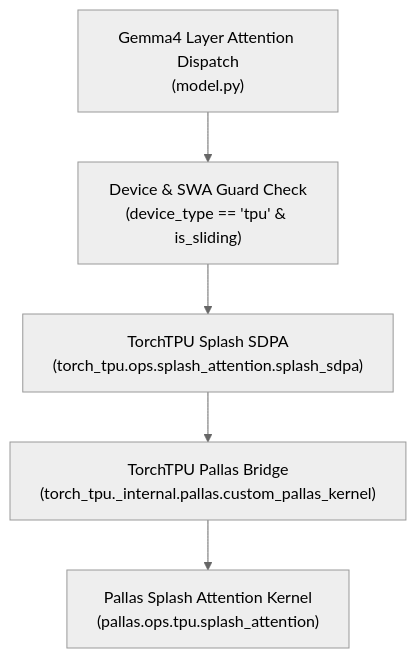
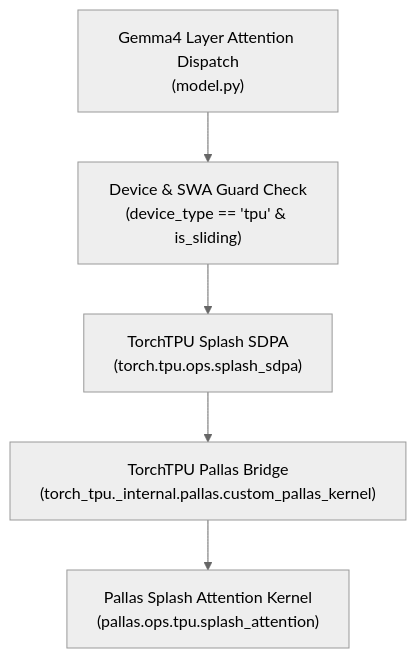
One commit to Borklet-Labs/torch_tpu changed the second of 2 diagrams in examples/gemma4/gemma4_tutorial.md. Above: the diagram before and after it, drawn with Mermaid (neutral theme). The commit also changed 23 other files, not shown here.

First line of the commit message:
[tt_api] Move torch_tpu/ops to _internal/ops and migrate callers to torch.tpu.ops

````diff
--- a/examples/gemma4/gemma4_tutorial.md
+++ b/examples/gemma4/gemma4_tutorial.md
@@ -328,7 +328,7 @@
 ```mermaid
 graph TD
     A["Gemma4 Layer Attention Dispatch<br/>(model.py)"] --> B["Device & SWA Guard Check<br/>(device_type == 'tpu' & is_sliding)"]
-    B --> C["TorchTPU Splash SDPA<br/>(torch_tpu.ops.splash_attention.splash_sdpa)"]
+    B --> C["TorchTPU Splash SDPA<br/>(torch.tpu.ops.splash_sdpa)"]
     C --> D["TorchTPU Pallas Bridge<br/>(torch_tpu._internal.pallas.custom_pallas_kernel)"]
     D --> E["Pallas Splash Attention Kernel<br/>(pallas.ops.tpu.splash_attention)"]
 ```
````
